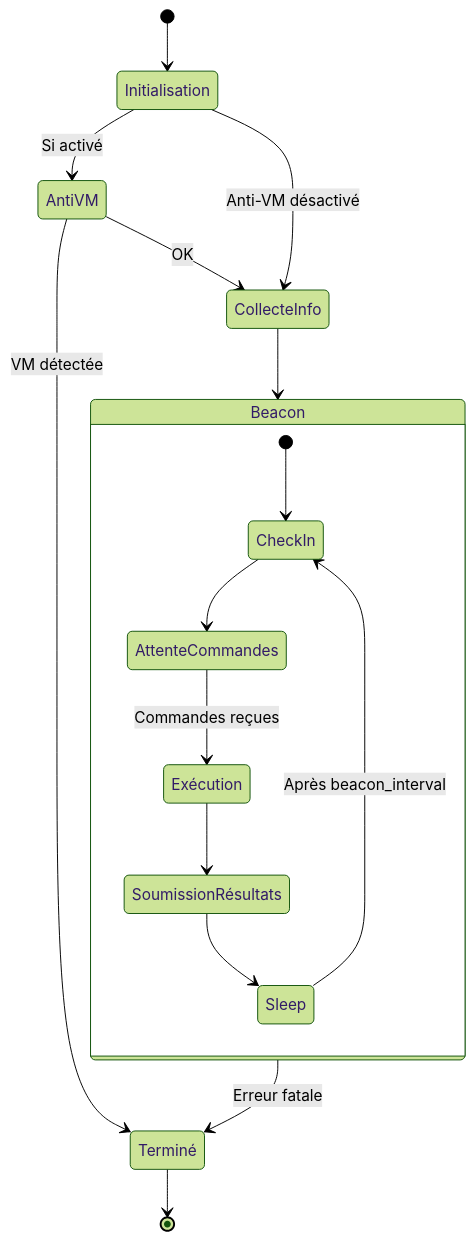
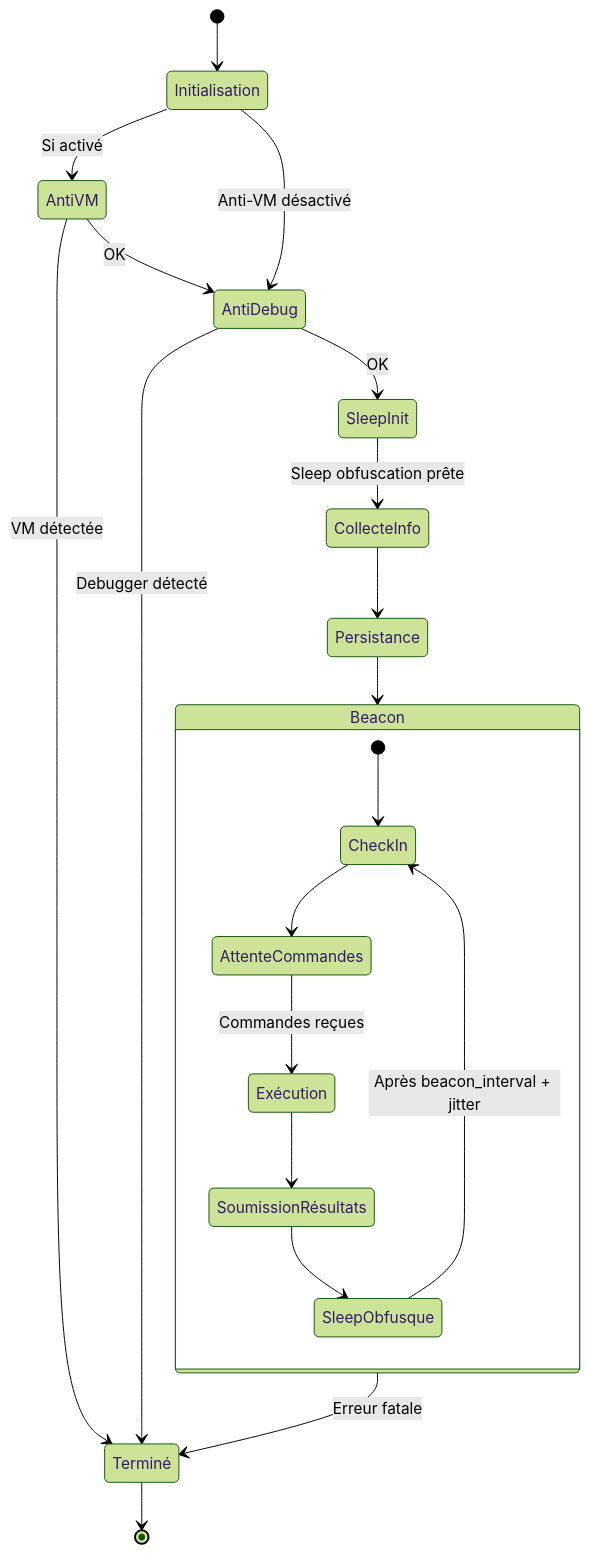
Before and after one commit to Xor290/C2-XOR: the sixth of 16 diagrams in docs/AGENT.md, drawn with Mermaid (forest theme). The commit also changed other lines of this file and 2 other files, not shown here.

````diff
--- a/docs/AGENT.md
+++ b/docs/AGENT.md
@@ -259,22 +383,28 @@
 ```mermaid
 stateDiagram-v2
     [*] --> Initialisation
     Initialisation --> AntiVM: Si activé
     AntiVM --> Terminé: VM détectée
-    AntiVM --> CollecteInfo: OK
-    Initialisation --> CollecteInfo: Anti-VM désactivé
+    AntiVM --> AntiDebug: OK
+    Initialisation --> AntiDebug: Anti-VM désactivé
     
-    CollecteInfo --> Beacon
+    AntiDebug --> Terminé: Debugger détecté
+    AntiDebug --> SleepInit: OK
+    
+    SleepInit --> CollecteInfo: Sleep obfuscation prête
+    
+    CollecteInfo --> Persistance
+    Persistance --> Beacon
     
     state Beacon {
         [*] --> CheckIn
         CheckIn --> AttenteCommandes
         AttenteCommandes --> Exécution: Commandes reçues
         Exécution --> SoumissionRésultats
-        SoumissionRésultats --> Sleep
-        Sleep --> CheckIn: Après beacon_interval
+        SoumissionRésultats --> SleepObfusque
+        SleepObfusque --> CheckIn: Après beacon_interval + jitter
     }
     
     Beacon --> Terminé: Erreur fatale
     Terminé --> [*]
 ```
````
